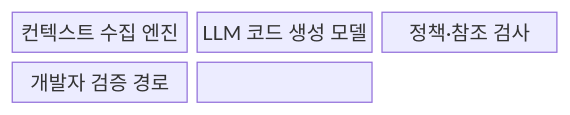
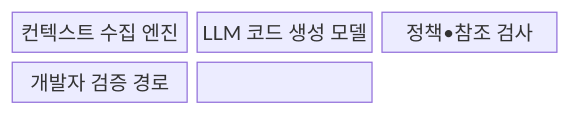
The first of 2 diagrams in src/content/docs/notes/03-software/081_ai_code_generation.md (agnusdei1207/knowledge-base), drawn with Mermaid before and after one commit. The commit also changed other lines of this file and 953 other files, not shown here.

````diff
--- a/src/content/docs/notes/03-software/081_ai_code_generation.md
+++ b/src/content/docs/notes/03-software/081_ai_code_generation.md
@@ -69,9 +69,9 @@
 ```mermaid
 block
   columns 3
   C["컨텍스트 수집 엔진"]
   L["LLM 코드 생성 모델"]
-  P["정책·참조 검사"]
+  P["정책•참조 검사"]
   D["개발자 검증 경로"]
   C --> L --> P --> D
 ```
````
